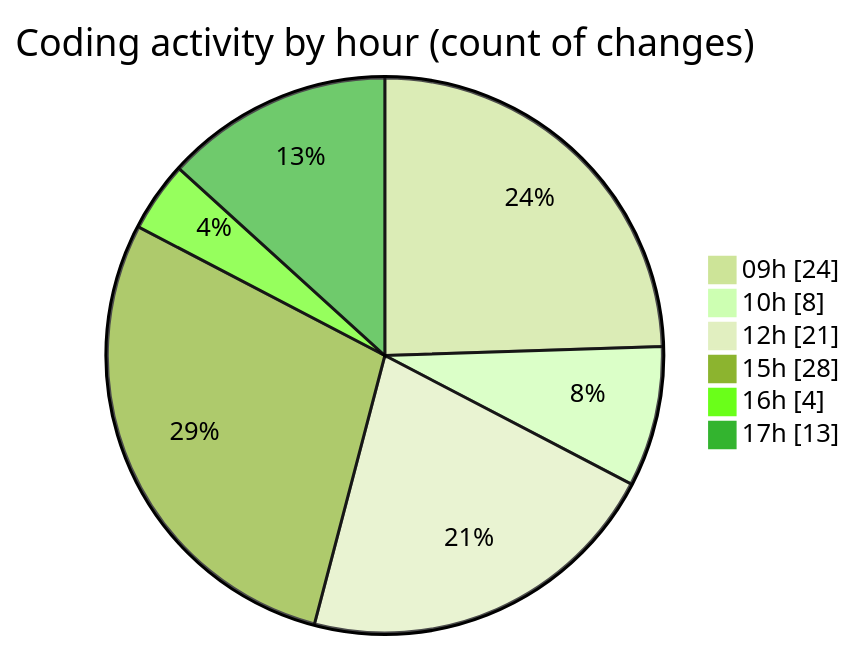
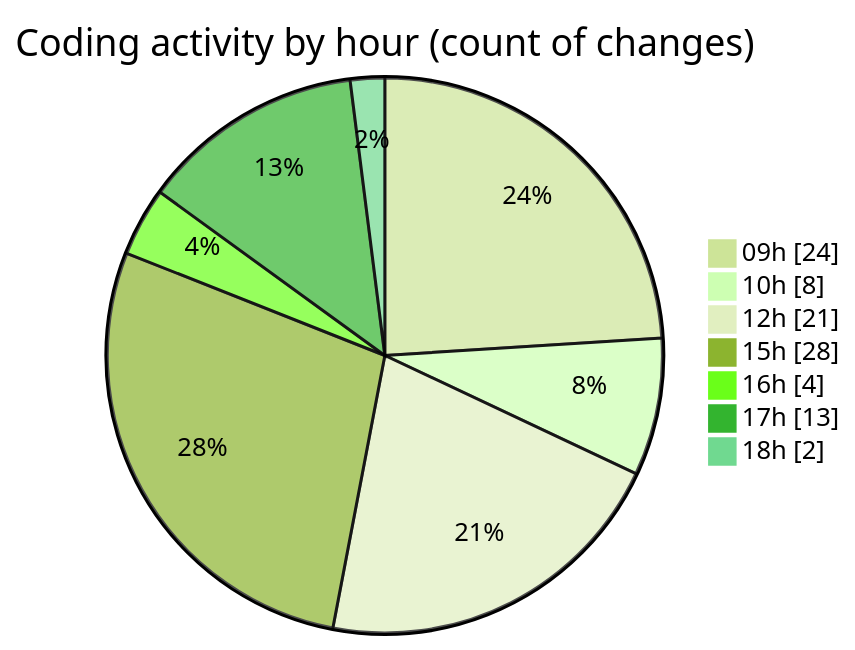
Before and after one commit to lephambinh05/code-tracking: the second of 2 diagrams in 2025-08-18/rentotp/README.md, drawn with Mermaid (forest theme). The commit also changed other lines of this file and 1 other file, not shown here.

````diff
--- a/2025-08-18/rentotp/README.md
+++ b/2025-08-18/rentotp/README.md
@@ -63,10 +63,11 @@
 ```mermaid
 pie showData
 title Coding activity by hour (count of changes)
 "09h" : 24
 "10h" : 8
 "12h" : 21
 "15h" : 28
 "16h" : 4
 "17h" : 13
+"18h" : 2
 ```
````
